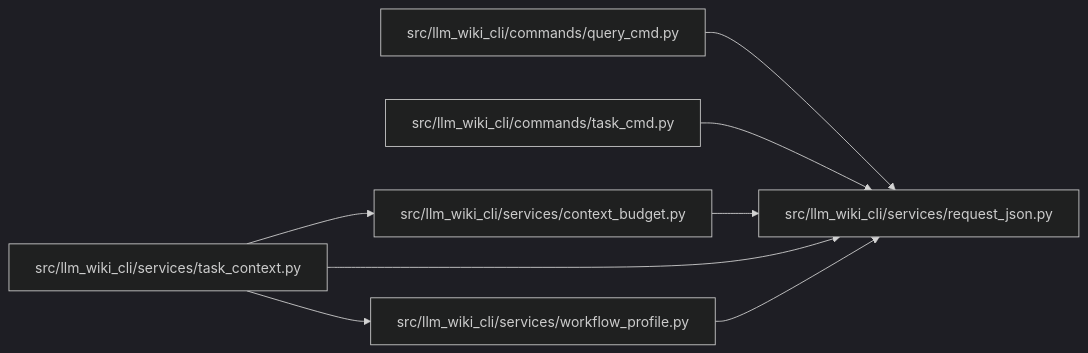
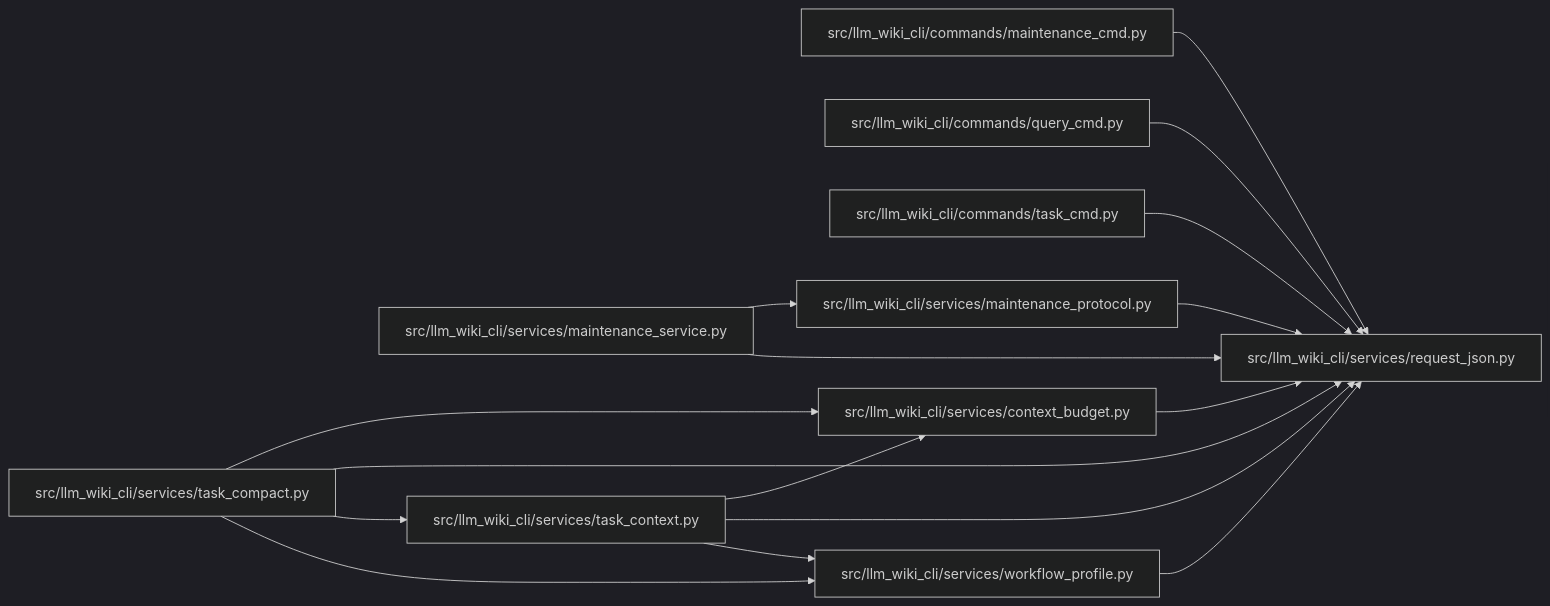
One commit to Denissvgn/python-wiki-llm changed the diagram in docs/llm_wiki/modules/request_json.md. Above: the diagram before and after it, drawn with Mermaid (dark theme). The commit also changed other lines of this file and 1410 other files, not shown here.

First line of the commit message:
Add source-grounded task guides and re-anchor the maintained wiki

````diff
--- a/docs/llm_wiki/modules/request_json.md
+++ b/docs/llm_wiki/modules/request_json.md
@@ -22,22 +22,38 @@
 ```mermaid
 flowchart LR
-    n0["src/llm_wiki_cli/commands/query_cmd.py"]
-    n1["src/llm_wiki_cli/commands/task_cmd.py"]
-    n2["src/llm_wiki_cli/services/context_budget.py"]
-    n3["src/llm_wiki_cli/services/request_json.py"]
-    n4["src/llm_wiki_cli/services/task_context.py"]
-    n5["src/llm_wiki_cli/services/workflow_profile.py"]
-    n0 --> n3
-    n1 --> n3
-    n2 --> n3
-    n4 --> n2
-    n4 --> n3
-    n4 --> n5
-    n5 --> n3
-    click n0 "../modules/query_cmd.md"
-    click n1 "../modules/task_cmd.md"
-    click n2 "../modules/context_budget.md"
-    click n3 "../modules/request_json.md"
-    click n4 "../modules/task_context.md"
-    click n5 "../modules/workflow_profile.md"
+    n0["src/llm_wiki_cli/commands/maintenance_cmd.py"]
+    n1["src/llm_wiki_cli/commands/query_cmd.py"]
+    n2["src/llm_wiki_cli/commands/task_cmd.py"]
+    n3["src/llm_wiki_cli/services/context_budget.py"]
+    n4["src/llm_wiki_cli/services/maintenance_protocol.py"]
+    n5["src/llm_wiki_cli/services/maintenance_service.py"]
+    n6["src/llm_wiki_cli/services/request_json.py"]
+    n7["src/llm_wiki_cli/services/task_compact.py"]
+    n8["src/llm_wiki_cli/services/task_context.py"]
+    n9["src/llm_wiki_cli/services/workflow_profile.py"]
+    n0 --> n6
+    n1 --> n6
+    n2 --> n6
+    n3 --> n6
+    n4 --> n6
+    n5 --> n4
+    n5 --> n6
+    n7 --> n3
+    n7 --> n6
+    n7 --> n8
+    n7 --> n9
+    n8 --> n3
+    n8 --> n6
+    n8 --> n9
+    n9 --> n6
+    click n0 "../modules/maintenance_cmd.md"
+    click n1 "../modules/query_cmd.md"
+    click n2 "../modules/task_cmd.md"
+    click n3 "../modules/context_budget.md"
+    click n4 "../modules/maintenance_protocol.md"
+    click n5 "../modules/maintenance_service.md"
+    click n6 "../modules/request_json.md"
+    click n7 "../modules/task_compact.md"
+    click n8 "../modules/task_context.md"
+    click n9 "../modules/workflow_profile.md"
 ```
````
